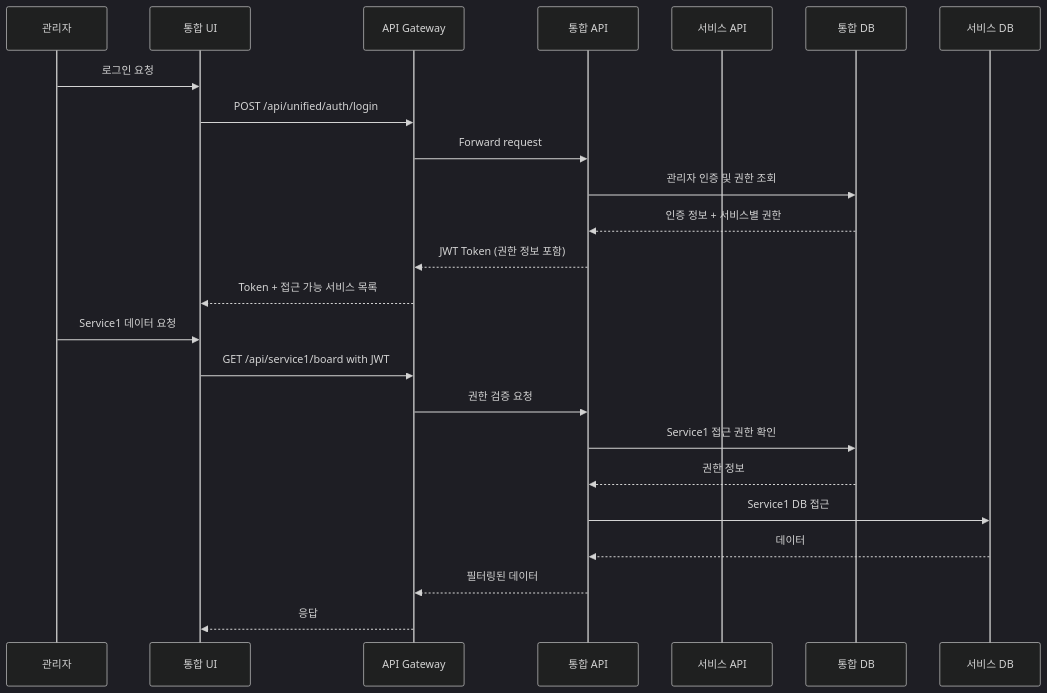
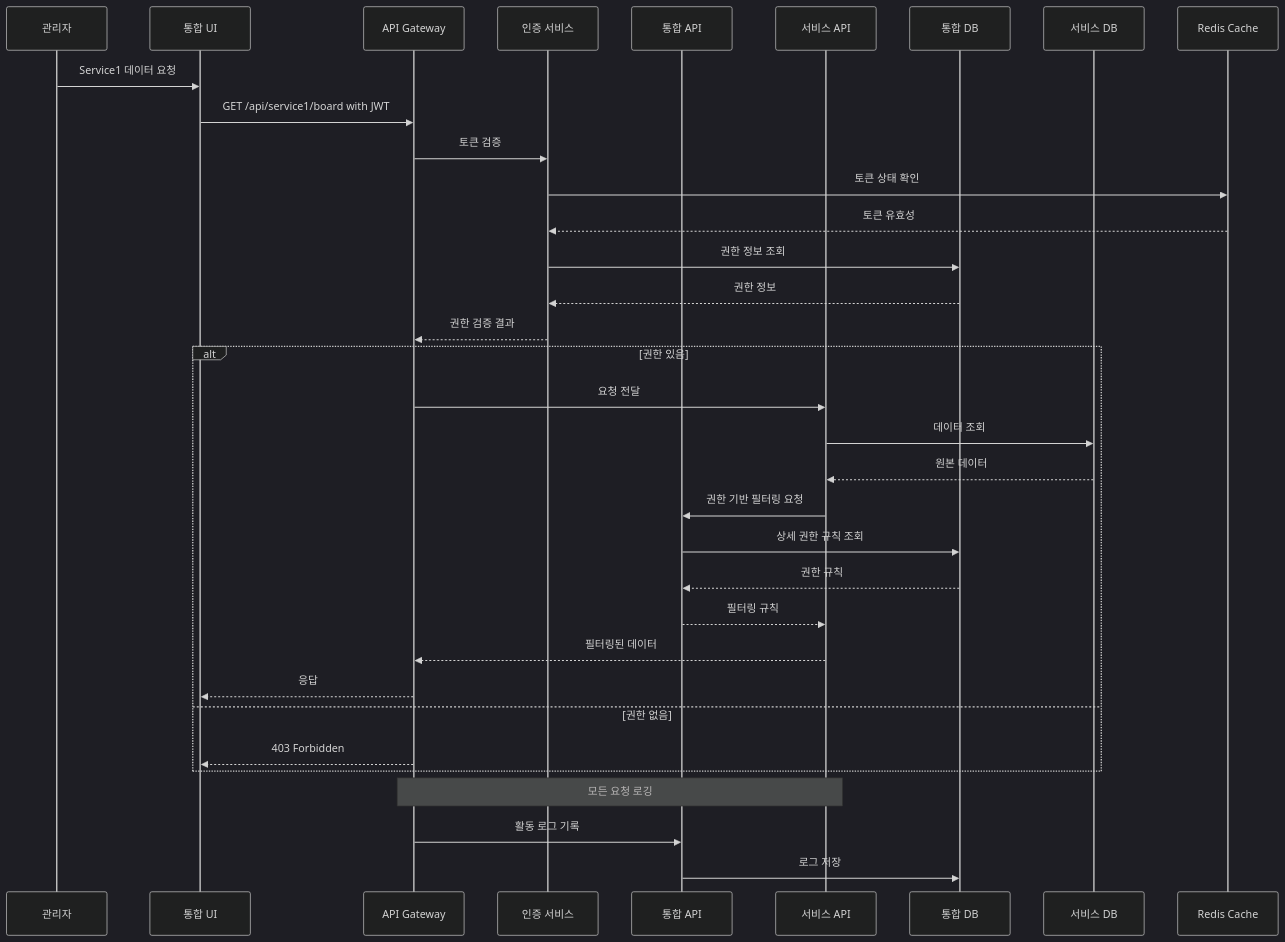
The third of 4 diagrams in .cursor/docs/v2/unified-cms-architecture.md (Russ481-k/integrated-cms), drawn with Mermaid (dark theme) before and after one commit. The commit also changed other lines of this file, not shown here.

Commit message:
[refactor] Update SQL table definitions for unified CMS architecture, adding new tables and columns for service management, admin roles, and permissions, along with enhanced comments and indexing for improved performance.

````diff
--- a/.cursor/docs/v2/unified-cms-architecture.md
+++ b/.cursor/docs/v2/unified-cms-architecture.md
@@ -339,28 +681,39 @@
 ```mermaid
 sequenceDiagram
     participant Admin as 관리자
     participant UI as 통합 UI
     participant Gateway as API Gateway
+    participant Auth as 인증 서비스
     participant Unified as 통합 API
     participant Service as 서비스 API
     participant MasterDB as 통합 DB
     participant ServiceDB as 서비스 DB
-
-    Admin->>UI: 로그인 요청
-    UI->>Gateway: POST /api/unified/auth/login
-    Gateway->>Unified: Forward request
-    Unified->>MasterDB: 관리자 인증 및 권한 조회
-    MasterDB-->>Unified: 인증 정보 + 서비스별 권한
-    Unified-->>Gateway: JWT Token (권한 정보 포함)
-    Gateway-->>UI: Token + 접근 가능 서비스 목록
+    participant Cache as Redis Cache
 
     Admin->>UI: Service1 데이터 요청
     UI->>Gateway: GET /api/service1/board with JWT
-    Gateway->>Unified: 권한 검증 요청
-    Unified->>MasterDB: Service1 접근 권한 확인
-    MasterDB-->>Unified: 권한 정보
-    Unified->>ServiceDB: Service1 DB 접근
-    ServiceDB-->>Unified: 데이터
-    Unified-->>Gateway: 필터링된 데이터
-    Gateway-->>UI: 응답
+    Gateway->>Auth: 토큰 검증
+    Auth->>Cache: 토큰 상태 확인
+    Cache-->>Auth: 토큰 유효성
+    Auth->>MasterDB: 권한 정보 조회
+    MasterDB-->>Auth: 권한 정보
+    Auth-->>Gateway: 권한 검증 결과
+
+    alt 권한 있음
+        Gateway->>Service: 요청 전달
+        Service->>ServiceDB: 데이터 조회
+        ServiceDB-->>Service: 원본 데이터
+        Service->>Unified: 권한 기반 필터링 요청
+        Unified->>MasterDB: 상세 권한 규칙 조회
+        MasterDB-->>Unified: 권한 규칙
+        Unified-->>Service: 필터링 규칙
+        Service-->>Gateway: 필터링된 데이터
+        Gateway-->>UI: 응답
+    else 권한 없음
+        Gateway-->>UI: 403 Forbidden
+    end
+
+    Note over Gateway,Service: 모든 요청 로깅
+    Gateway->>Unified: 활동 로그 기록
+    Unified->>MasterDB: 로그 저장
 ```
````
